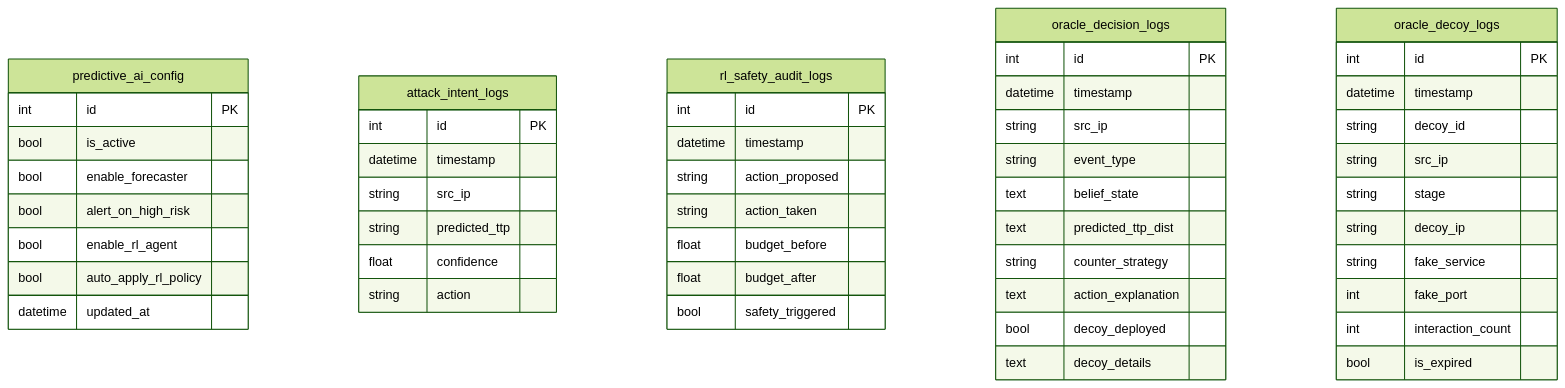
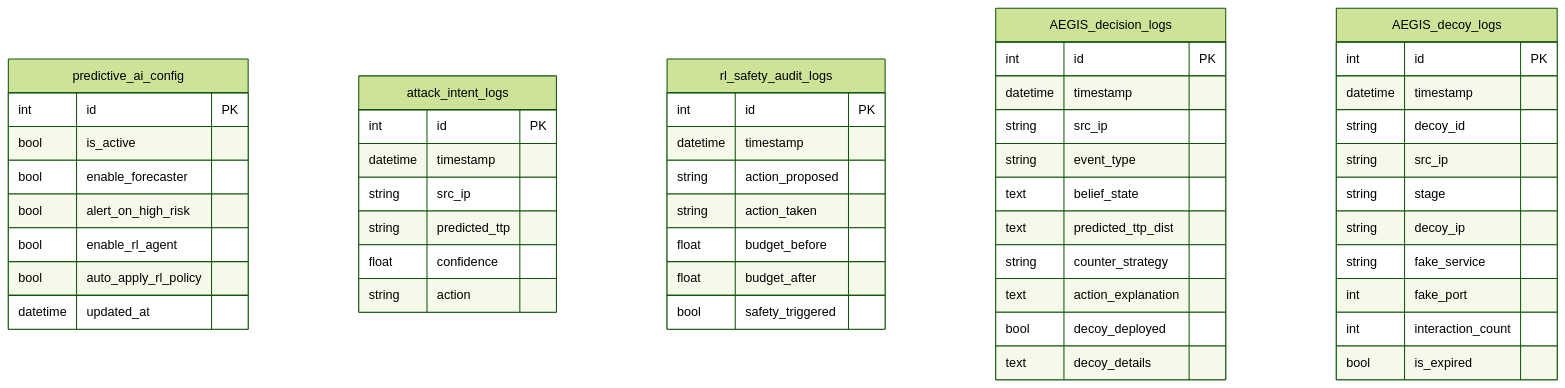
The fifth of 6 diagrams in predictive_ai_documentation.md (waheeb71/bunyanx_doc), drawn with Mermaid (forest theme) before and after one commit. The commit also changed other lines of this file and 29 other files, not shown here.

Commit message:
feat: complete redesign of BUNYANX graduation showcase with mobile-first QR UX, 17 modules catalog, attack demos, testing matrices, and architecture visualizer

````diff
--- a/predictive_ai_documentation.md
+++ b/predictive_ai_documentation.md
@@ -428,53 +428,53 @@
 ```mermaid
 erDiagram
     predictive_ai_config {
         int id PK
         bool is_active
         bool enable_forecaster
         bool alert_on_high_risk
         bool enable_rl_agent
         bool auto_apply_rl_policy
         datetime updated_at
     }
     attack_intent_logs {
         int id PK
         datetime timestamp
         string src_ip
         string predicted_ttp
         float confidence
         string action
     }
     rl_safety_audit_logs {
         int id PK
         datetime timestamp
         string action_proposed
         string action_taken
         float budget_before
         float budget_after
         bool safety_triggered
     }
-    oracle_decision_logs {
+    AEGIS_decision_logs {
         int id PK
         datetime timestamp
         string src_ip
         string event_type
         text belief_state
         text predicted_ttp_dist
         string counter_strategy
         text action_explanation
         bool decoy_deployed
         text decoy_details
     }
-    oracle_decoy_logs {
+    AEGIS_decoy_logs {
         int id PK
         datetime timestamp
         string decoy_id
         string src_ip
         string stage
         string decoy_ip
         string fake_service
         int fake_port
         int interaction_count
         bool is_expired
     }
 ```
````
